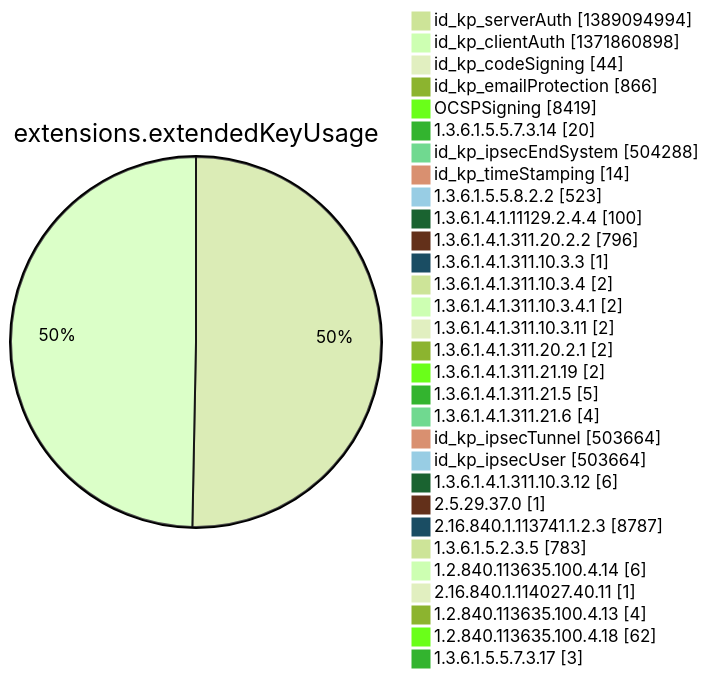
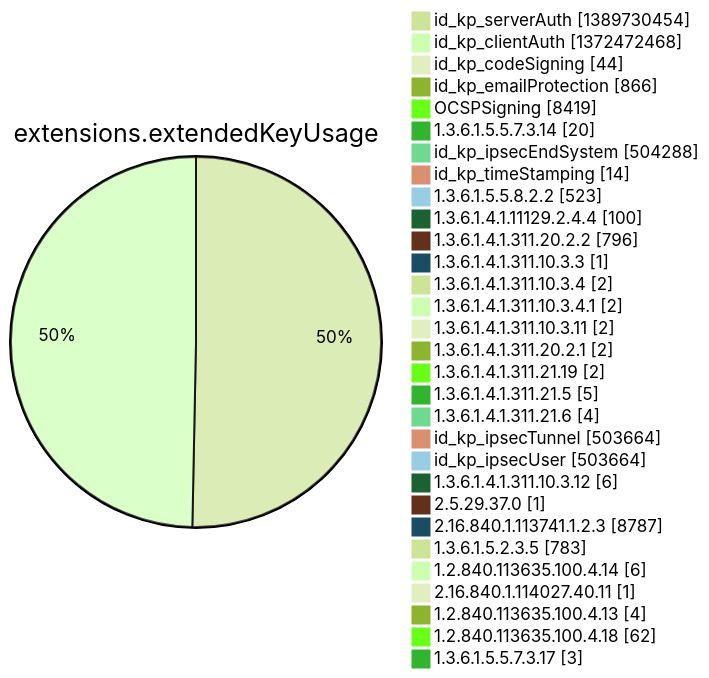
Diagram 12 of 15 in argon2022/README.md (christiankrug/ctmonitor_visualization), drawn with Mermaid (forest theme) before and after one commit. The commit also changed other lines of this file, not shown here.

````diff
--- a/argon2022/README.md
+++ b/argon2022/README.md
@@ -3554,34 +3554,34 @@
 ```mermaid
 pie showData
 title extensions.extendedKeyUsage
-"id_kp_serverAuth" :1389094994
-"id_kp_clientAuth" :1371860898
+"id_kp_serverAuth" :1389730454
+"id_kp_clientAuth" :1372472468
 "id_kp_codeSigning" :44
 "id_kp_emailProtection" :866
 "OCSPSigning" :8419
 "1.3.6.1.5.5.7.3.14" :20
 "id_kp_ipsecEndSystem" :504288
 "id_kp_timeStamping" :14
 "1.3.6.1.5.5.8.2.2" :523
 "1.3.6.1.4.1.11129.2.4.4" :100
 "1.3.6.1.4.1.311.20.2.2" :796
 "1.3.6.1.4.1.311.10.3.3" :1
 "1.3.6.1.4.1.311.10.3.4" :2
 "1.3.6.1.4.1.311.10.3.4.1" :2
 "1.3.6.1.4.1.311.10.3.11" :2
 "1.3.6.1.4.1.311.20.2.1" :2
 "1.3.6.1.4.1.311.21.19" :2
 "1.3.6.1.4.1.311.21.5" :5
 "1.3.6.1.4.1.311.21.6" :4
 "id_kp_ipsecTunnel" :503664
 "id_kp_ipsecUser" :503664
 "1.3.6.1.4.1.311.10.3.12" :6
 "2.5.29.37.0" :1
 "2.16.840.1.113741.1.2.3" :8787
 "1.3.6.1.5.2.3.5" :783
 "1.2.840.113635.100.4.14" :6
 "2.16.840.1.114027.40.11" :1
 "1.2.840.113635.100.4.13" :4
 "1.2.840.113635.100.4.18" :62
 "1.3.6.1.5.5.7.3.17" :3
 ```
````
